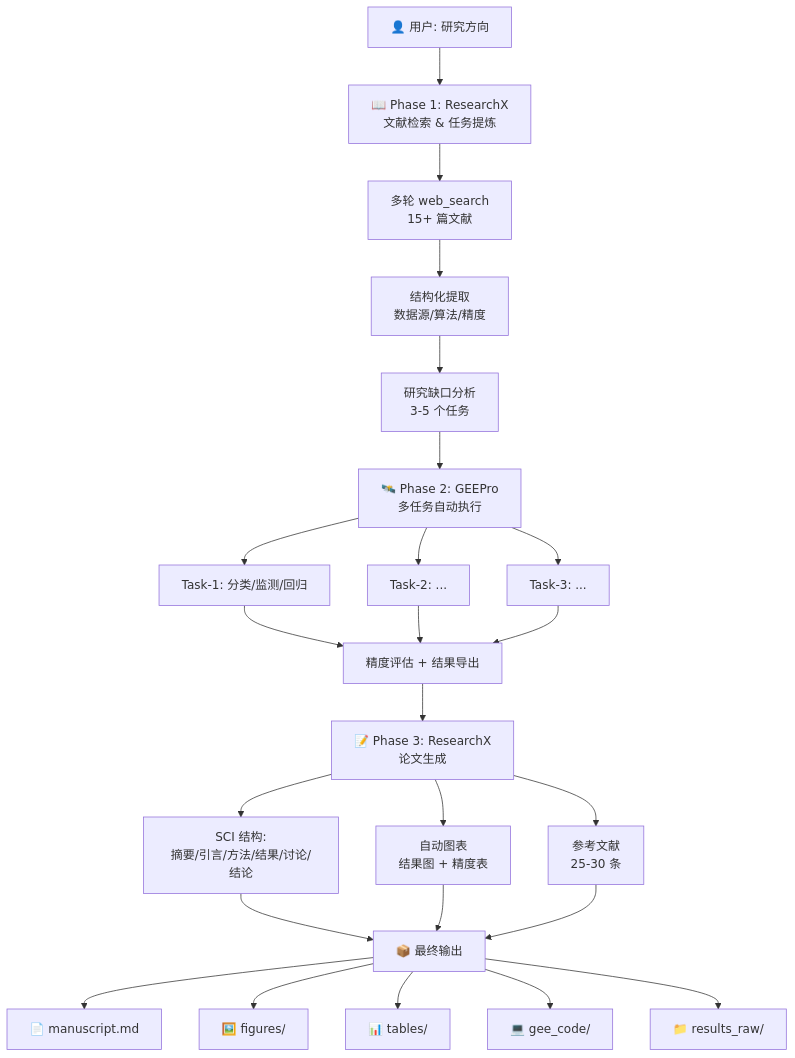
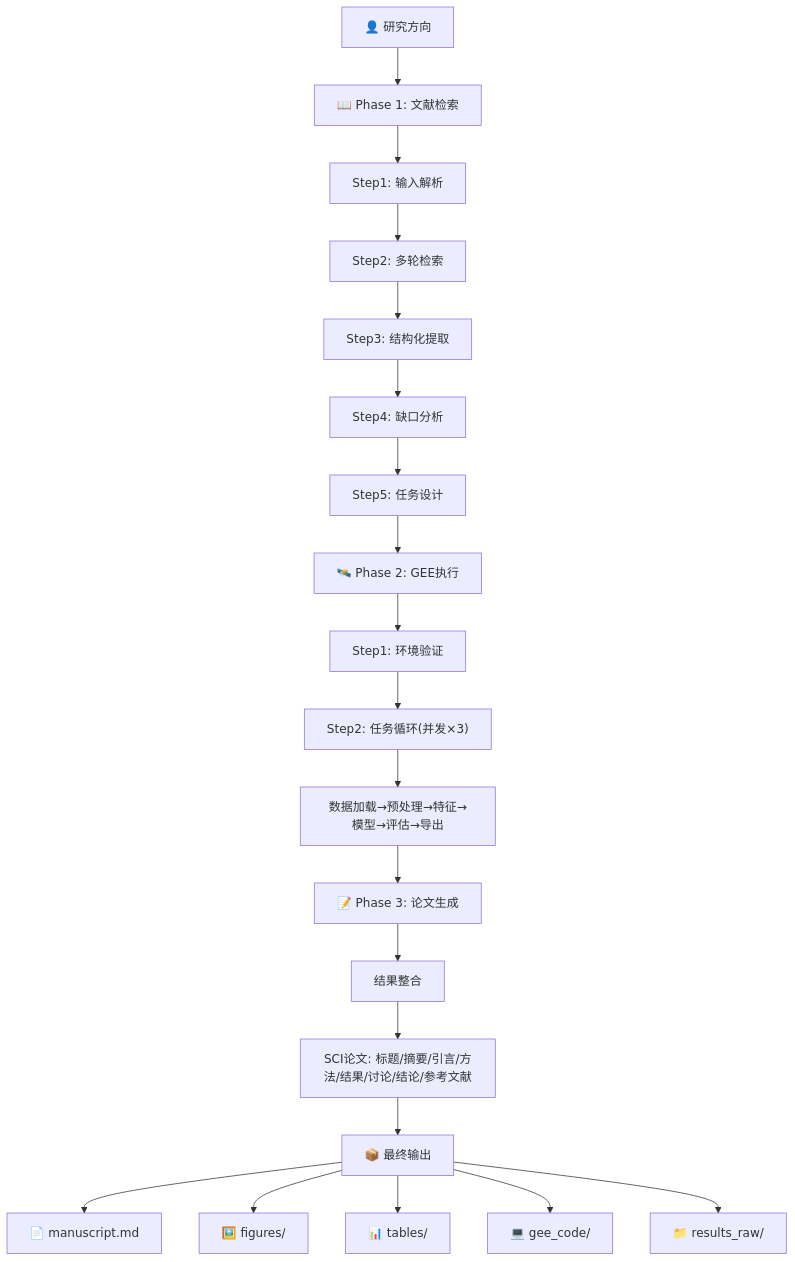
Before and after one commit to xingguangYan/PaperForge: the diagram in README.md, drawn with Mermaid. The commit also changed other lines of this file, not shown here.

````diff
--- a/README.md
+++ b/README.md
@@ -75,33 +106,25 @@
 ```mermaid
-graph TD
-    A["👤 用户: 研究方向"] --> B["📖 Phase 1: ResearchX<br>文献检索 & 任务提炼"]
-    
-    B --> B1["多轮 web_search<br>15+ 篇文献"]
-    B1 --> B2["结构化提取<br>数据源/算法/精度"]
-    B2 --> B3["研究缺口分析<br>3-5 个任务"]
-    
-    B3 --> C["🛰️ Phase 2: GEEPro<br>多任务自动执行"]
-    
-    C --> C1["Task-1: 分类/监测/回归"]
-    C --> C2["Task-2: ..."]
-    C --> C3["Task-3: ..."]
-    C1 --> C4["精度评估 + 结果导出"]
-    C2 --> C4
-    C3 --> C4
-    
-    C4 --> D["📝 Phase 3: ResearchX<br>论文生成"]
-    
-    D --> D1["SCI 结构:<br>摘要/引言/方法/结果/讨论/结论"]
-    D --> D2["自动图表<br>结果图 + 精度表"]
-    D --> D3["参考文献<br>25-30 条"]
-    
-    D1 --> E["📦 最终输出"]
-    D2 --> E
-    D3 --> E
-    
+graph TB
+    A["👤 研究方向"] --> B1["📖 Phase 1: 文献检索"]
+    B1 --> B2["Step1: 输入解析"]
+    B2 --> B3["Step2: 多轮检索"]
+    B3 --> B4["Step3: 结构化提取"]
+    B4 --> B5["Step4: 缺口分析"]
+    B5 --> B6["Step5: 任务设计"]
+    B6 --> C1["🛰️ Phase 2: GEE执行"]
+
+    C1 --> C2["Step1: 环境验证"]
+    C2 --> C3["Step2: 任务循环(并发×3)"]
+    C3 --> C4["数据加载→预处理→特征→模型→评估→导出"]
+    C4 --> D1["📝 Phase 3: 论文生成"]
+
+    D1 --> D2["结果整合"]
+    D2 --> D3["SCI论文: 标题/摘要/引言/方法/结果/讨论/结论/参考文献"]
+    D3 --> E["📦 最终输出"]
+
     E --> F1["📄 manuscript.md"]
     E --> F2["🖼️ figures/"]
     E --> F3["📊 tables/"]
     E --> F4["💻 gee_code/"]
     E --> F5["📁 results_raw/"]
 ```
````
